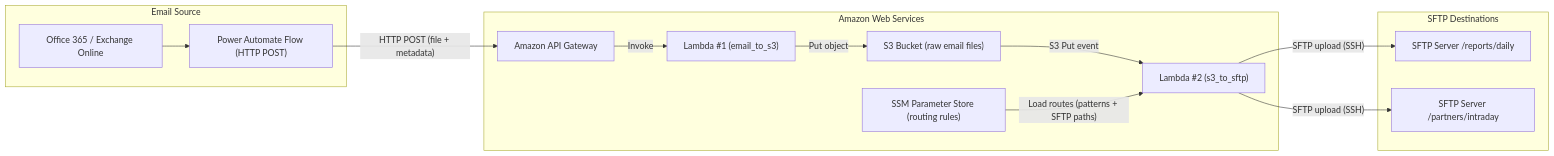
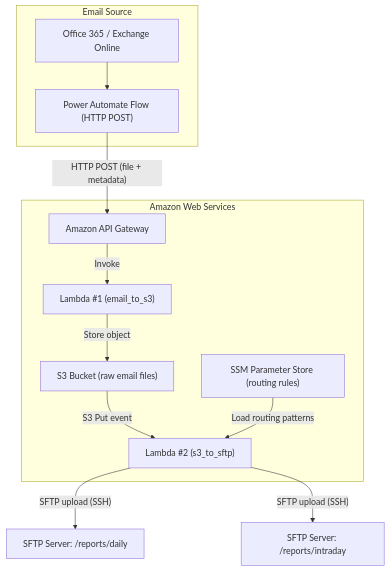
One commit to uroskuc/aws-email-to-sftp-pipeline changed the diagram in README.md. Above: the diagram before and after it, drawn with Mermaid.

Commit message:
Add Mermaid architecture diagram to README v5

````diff
--- a/README.md
+++ b/README.md
@@ -5,34 +5,26 @@
 ```mermaid
-flowchart LR
+flowchart TD
+
     %% Inbound email side
     subgraph Email_Source["Email Source"]
         O365["Office 365 / Exchange Online"]
         PA["Power Automate Flow (HTTP POST)"]
         O365 --> PA
     end
 
-    %% AWS API entrypoint
     PA -->|"HTTP POST (file + metadata)"| APIGW["Amazon API Gateway"]
 
     subgraph AWS["Amazon Web Services"]
         APIGW -->|"Invoke"| L1["Lambda #1 (email_to_s3)"]
-
-        L1 -->|"Put object"| S3["S3 Bucket (raw email files)"]
-
-        %% Trigger from S3 to Lambda #2
+        L1 -->|"Store object"| S3["S3 Bucket (raw email files)"]
         S3 -->|"S3 Put event"| L2["Lambda #2 (s3_to_sftp)"]
 
-        %% Config-driven routing
         SSM["SSM Parameter Store (routing rules)"]
-        SSM -->|"Load routes (patterns + SFTP paths)"| L2
+        SSM -->|"Load routing patterns"| L2
     end
 
     %% SFTP destinations
-    subgraph SFTP_Destinations["SFTP Destinations"]
-        SFTP1["SFTP Server /reports/daily"]
-        SFTP2["SFTP Server /partners/intraday"]
-    end
+    L2 -->|"SFTP upload (SSH)"| SFTP1["SFTP Server: /reports/daily"]
+    L2 -->|"SFTP upload (SSH)"| SFTP2["SFTP Server: /reports/intraday"]
 
-    L2 -->|"SFTP upload (SSH)"| SFTP1
-    L2 -->|"SFTP upload (SSH)"| SFTP2
 ```
````
